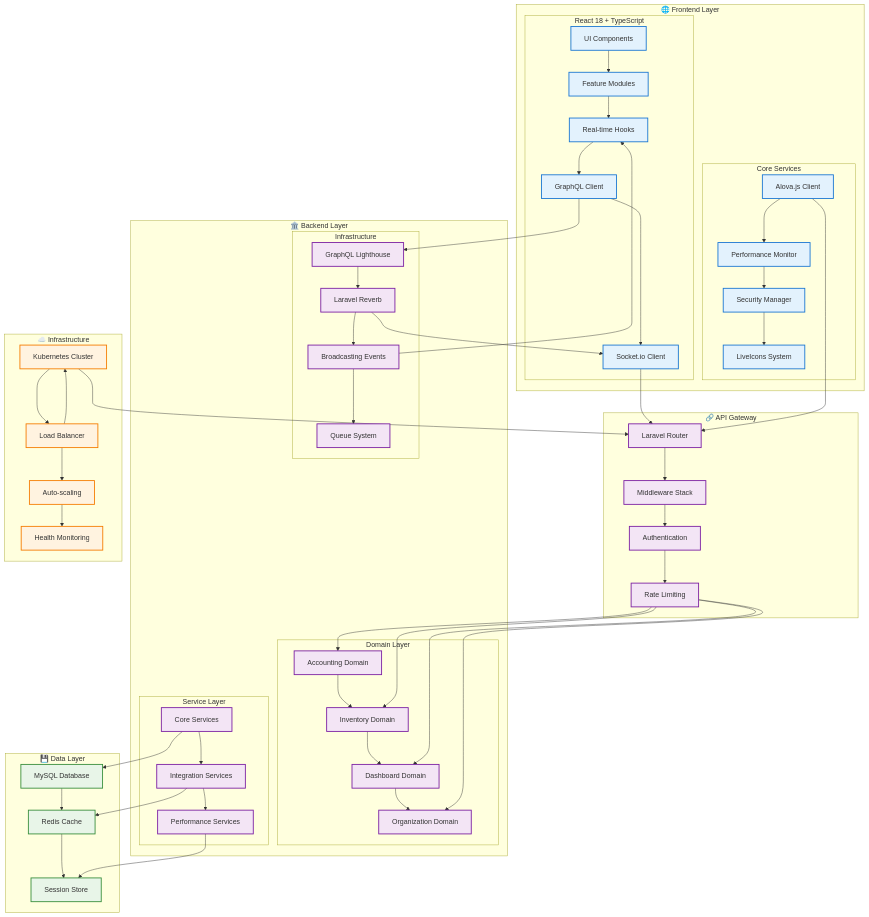
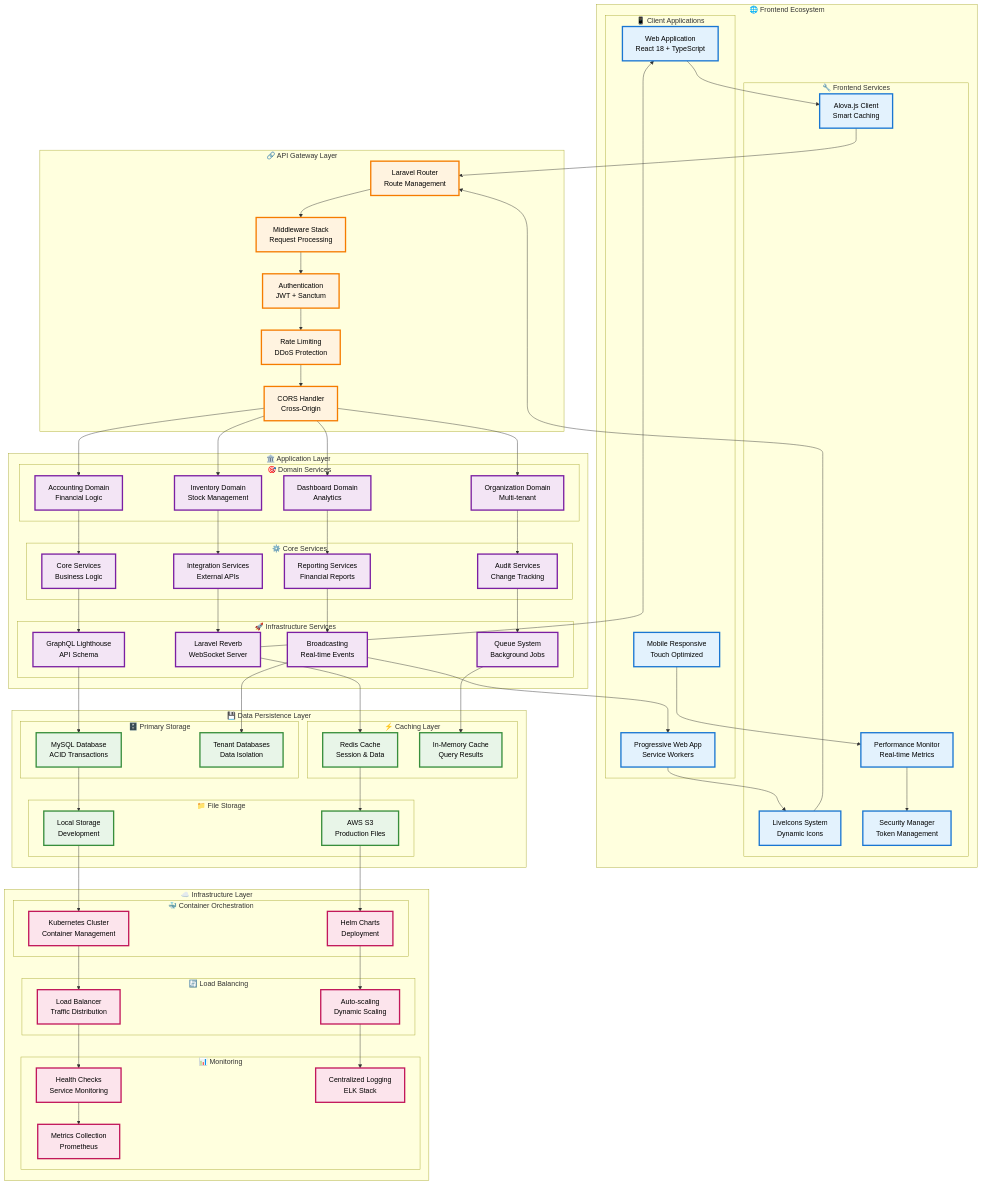
Before and after one commit to abdoElHodaky/larvaccountplatfo: the first of 11 diagrams in README.md, drawn with Mermaid. The commit also changed other lines of this file, not shown here.

````diff
--- a/README.md
+++ b/README.md
@@ -24,84 +24,151 @@
 ```mermaid
 graph TB
-    subgraph "🌐 Frontend Layer"
-        subgraph "React 18 + TypeScript"
-            A[UI Components] --> B[Feature Modules]
-            B --> C[Real-time Hooks]
-            C --> D[GraphQL Client]
-            D --> E[Socket.io Client]
+    subgraph "🌐 Frontend Ecosystem"
+        subgraph "📱 Client Applications"
+            WEB[Web Application<br/>React 18 + TypeScript] 
+            PWA[Progressive Web App<br/>Service Workers]
+            MOBILE[Mobile Responsive<br/>Touch Optimized]
         end
         
-        subgraph "Core Services"
-            F[Alova.js Client] --> G[Performance Monitor]
-            G --> H[Security Manager]
-            H --> I[LiveIcons System]
+        subgraph "🔧 Frontend Services"
+            ALOVA[Alova.js Client<br/>Smart Caching]
+            ICONS[LiveIcons System<br/>Dynamic Icons]
+            PERF[Performance Monitor<br/>Real-time Metrics]
+            SEC[Security Manager<br/>Token Management]
         end
     end
     
-    subgraph "🔗 API Gateway"
-        J[Laravel Router] --> K[Middleware Stack]
-        K --> L[Authentication]
-        L --> M[Rate Limiting]
+    subgraph "🔗 API Gateway Layer"
+        ROUTER[Laravel Router<br/>Route Management]
+        MIDDLEWARE[Middleware Stack<br/>Request Processing]
+        AUTH[Authentication<br/>JWT + Sanctum]
+        RATE[Rate Limiting<br/>DDoS Protection]
+        CORS[CORS Handler<br/>Cross-Origin]
     end
     
-    subgraph "🏛️ Backend Layer"
-        subgraph "Domain Layer"
-            N[Accounting Domain] --> O[Inventory Domain]
-            O --> P[Dashboard Domain]
-            P --> Q[Organization Domain]
+    subgraph "🏛️ Application Layer"
+        subgraph "🎯 Domain Services"
+            ACC_DOM[Accounting Domain<br/>Financial Logic]
+            INV_DOM[Inventory Domain<br/>Stock Management]
+            DASH_DOM[Dashboard Domain<br/>Analytics]
+            ORG_DOM[Organization Domain<br/>Multi-tenant]
         end
         
-        subgraph "Service Layer"
-            R[Core Services] --> S[Integration Services]
-            S --> T[Performance Services]
+        subgraph "⚙️ Core Services"
+            CORE[Core Services<br/>Business Logic]
+            INTEG[Integration Services<br/>External APIs]
+            REPORT[Reporting Services<br/>Financial Reports]
+            AUDIT[Audit Services<br/>Change Tracking]
         end
         
-        subgraph "Infrastructure"
-            U[GraphQL Lighthouse] --> V[Laravel Reverb]
-            V --> W[Broadcasting Events]
-            W --> X[Queue System]
+        subgraph "🚀 Infrastructure Services"
+            GRAPHQL[GraphQL Lighthouse<br/>API Schema]
+            REVERB[Laravel Reverb<br/>WebSocket Server]
+            BROADCAST[Broadcasting<br/>Real-time Events]
+            QUEUE[Queue System<br/>Background Jobs]
         end
     end
     
-    subgraph "💾 Data Layer"
-        Y[MySQL Database] --> Z[Redis Cache]
-        Z --> AA[Session Store]
+    subgraph "💾 Data Persistence Layer"
+        subgraph "🗄️ Primary Storage"
+            MYSQL[MySQL Database<br/>ACID Transactions]
+            TENANT_DB[Tenant Databases<br/>Data Isolation]
+        end
+        
+        subgraph "⚡ Caching Layer"
+            REDIS[Redis Cache<br/>Session & Data]
+            MEMORY[In-Memory Cache<br/>Query Results]
+        end
+        
+        subgraph "📁 File Storage"
+            LOCAL[Local Storage<br/>Development]
+            S3[AWS S3<br/>Production Files]
+        end
     end
     
-    subgraph "☁️ Infrastructure"
-        BB[Kubernetes Cluster] --> CC[Load Balancer]
-        CC --> DD[Auto-scaling]
-        DD --> EE[Health Monitoring]
+    subgraph "☁️ Infrastructure Layer"
+        subgraph "🐳 Container Orchestration"
+            K8S[Kubernetes Cluster<br/>Container Management]
+            HELM[Helm Charts<br/>Deployment]
+        end
+        
+        subgraph "🔄 Load Balancing"
+            LB[Load Balancer<br/>Traffic Distribution]
+            SCALE[Auto-scaling<br/>Dynamic Scaling]
+        end
+        
+        subgraph "📊 Monitoring"
+            HEALTH[Health Checks<br/>Service Monitoring]
+            LOGS[Centralized Logging<br/>ELK Stack]
+            METRICS[Metrics Collection<br/>Prometheus]
+        end
     end
     
-    %% Connections
-    E --> J
-    D --> U
-    F --> J
+    %% Frontend Connections
+    WEB --> ALOVA
+    PWA --> ICONS
+    MOBILE --> PERF
+    ALOVA --> ROUTER
+    ICONS --> ROUTER
+    PERF --> SEC
     
-    M --> N
-    M --> O
-    M --> P
-    M --> Q
+    %% API Gateway Flow
+    ROUTER --> MIDDLEWARE
+    MIDDLEWARE --> AUTH
+    AUTH --> RATE
+    RATE --> CORS
     
-    R --> Y
-    S --> Z
-    T --> AA
+    %% Domain Service Connections
+    CORS --> ACC_DOM
+    CORS --> INV_DOM
+    CORS --> DASH_DOM
+    CORS --> ORG_DOM
     
-    V --> E
-    W --> C
+    %% Service Layer Connections
+    ACC_DOM --> CORE
+    INV_DOM --> INTEG
+    DASH_DOM --> REPORT
+    ORG_DOM --> AUDIT
     
-    BB --> J
-    CC --> BB
+    %% Infrastructure Connections
+    CORE --> GRAPHQL
+    INTEG --> REVERB
+    REPORT --> BROADCAST
+    AUDIT --> QUEUE
+    
+    %% Data Layer Connections
+    GRAPHQL --> MYSQL
+    REVERB --> REDIS
+    BROADCAST --> TENANT_DB
+    QUEUE --> MEMORY
+    
+    %% File Storage Connections
+    MYSQL --> LOCAL
+    REDIS --> S3
+    
+    %% Infrastructure Connections
+    LOCAL --> K8S
+    S3 --> HELM
+    K8S --> LB
+    HELM --> SCALE
+    LB --> HEALTH
+    SCALE --> LOGS
+    HEALTH --> METRICS
+    
+    %% Real-time Connections
+    REVERB --> WEB
+    BROADCAST --> PWA
     
     %% Styling
-    classDef frontend fill:#e3f2fd,stroke:#1976d2,stroke-width:2px
-    classDef backend fill:#f3e5f5,stroke:#7b1fa2,stroke-width:2px
-    classDef data fill:#e8f5e8,stroke:#388e3c,stroke-width:2px
-    classDef infra fill:#fff3e0,stroke:#f57c00,stroke-width:2px
+    classDef frontend fill:#e3f2fd,stroke:#1976d2,stroke-width:3px,color:#000
+    classDef gateway fill:#fff3e0,stroke:#f57c00,stroke-width:3px,color:#000
+    classDef backend fill:#f3e5f5,stroke:#7b1fa2,stroke-width:3px,color:#000
+    classDef data fill:#e8f5e8,stroke:#388e3c,stroke-width:3px,color:#000
+    classDef infra fill:#fce4ec,stroke:#c2185b,stroke-width:3px,color:#000
     
-    class A,B,C,D,E,F,G,H,I frontend
-    class J,K,L,M,N,O,P,Q,R,S,T,U,V,W,X backend
-    class Y,Z,AA data
-    class BB,CC,DD,EE infra
+    class WEB,PWA,MOBILE,ALOVA,ICONS,PERF,SEC frontend
+    class ROUTER,MIDDLEWARE,AUTH,RATE,CORS gateway
+    class ACC_DOM,INV_DOM,DASH_DOM,ORG_DOM,CORE,INTEG,REPORT,AUDIT,GRAPHQL,REVERB,BROADCAST,QUEUE backend
+    class MYSQL,TENANT_DB,REDIS,MEMORY,LOCAL,S3 data
+    class K8S,HELM,LB,SCALE,HEALTH,LOGS,METRICS infra
 ```
````
